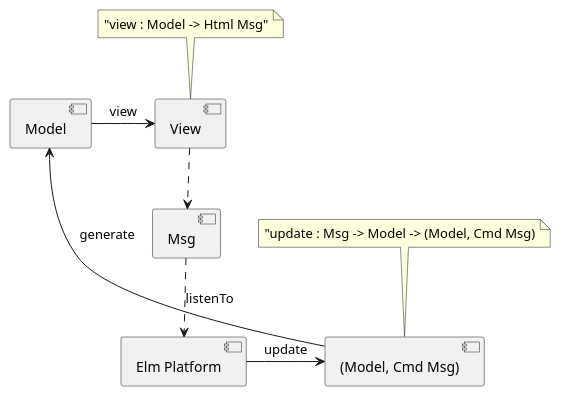
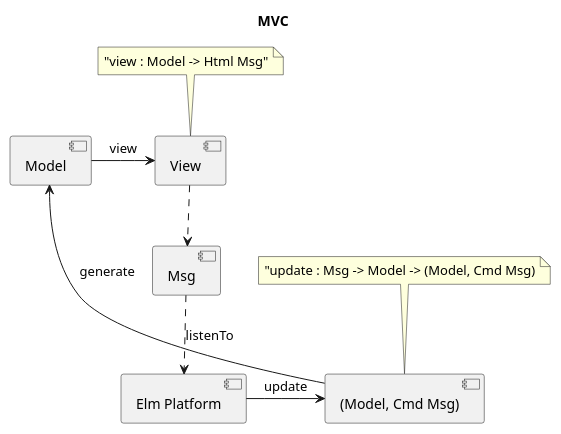
The first of 5 diagrams in elm-okta-idp/README.org (hw-hello-world/okta-signin-widget-apps), drawn with PlantUML before and after one commit. The commit also changed other lines of this file and 13 other files, not shown here.

```diff
--- a/elm-okta-idp/README.org
+++ b/elm-okta-idp/README.org
@@ -16,11 +16,12 @@
 #+BEGIN_SRC plantuml :file data/elm-arch-mvc.svg
+title: MVC
 
 [Model] -> [View] : view
 note top: "view : Model -> Html Msg"
 [View] ..> [Msg]
 [Msg] ..> [Elm Platform] : listenTo
 [Elm Platform] -> [(Model, Cmd Msg)] : update
 note top: "update : Msg -> Model -> (Model, Cmd Msg)
 [(Model, Cmd Msg)] -> [Model]: generate
 
 #+END_SRC
```
